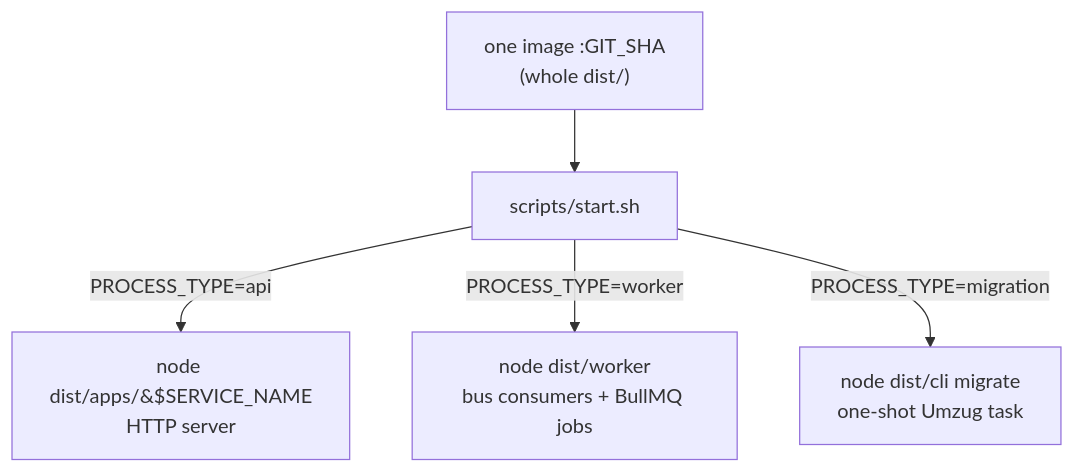
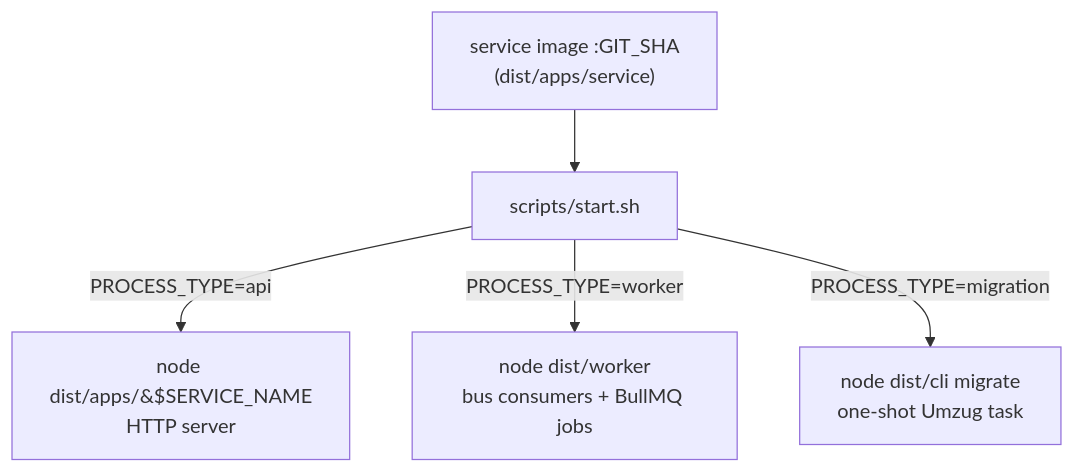
One commit to 25ankurpandey/aegis changed the fourth of 4 diagrams in docs/02-patterns.md. Above: the diagram before and after it, drawn with Mermaid. The commit also changed other lines of this file and 63 other files, not shown here.

````diff
--- a/docs/02-patterns.md
+++ b/docs/02-patterns.md
@@ -885,7 +885,7 @@
 ```mermaid
 flowchart TD
-  IMG["one image :GIT_SHA<br/>(whole dist/)"] --> START[scripts/start.sh]
+  IMG["service image :GIT_SHA<br/>(dist/apps/service)"] --> START[scripts/start.sh]
   START -->|PROCESS_TYPE=api| API["node dist/apps/&#36;SERVICE_NAME<br/>HTTP server"]
   START -->|PROCESS_TYPE=worker| WORKER["node dist/worker<br/>bus consumers + BullMQ jobs"]
   START -->|PROCESS_TYPE=migration| MIG["node dist/cli migrate<br/>one-shot Umzug task"]
 ```
````
